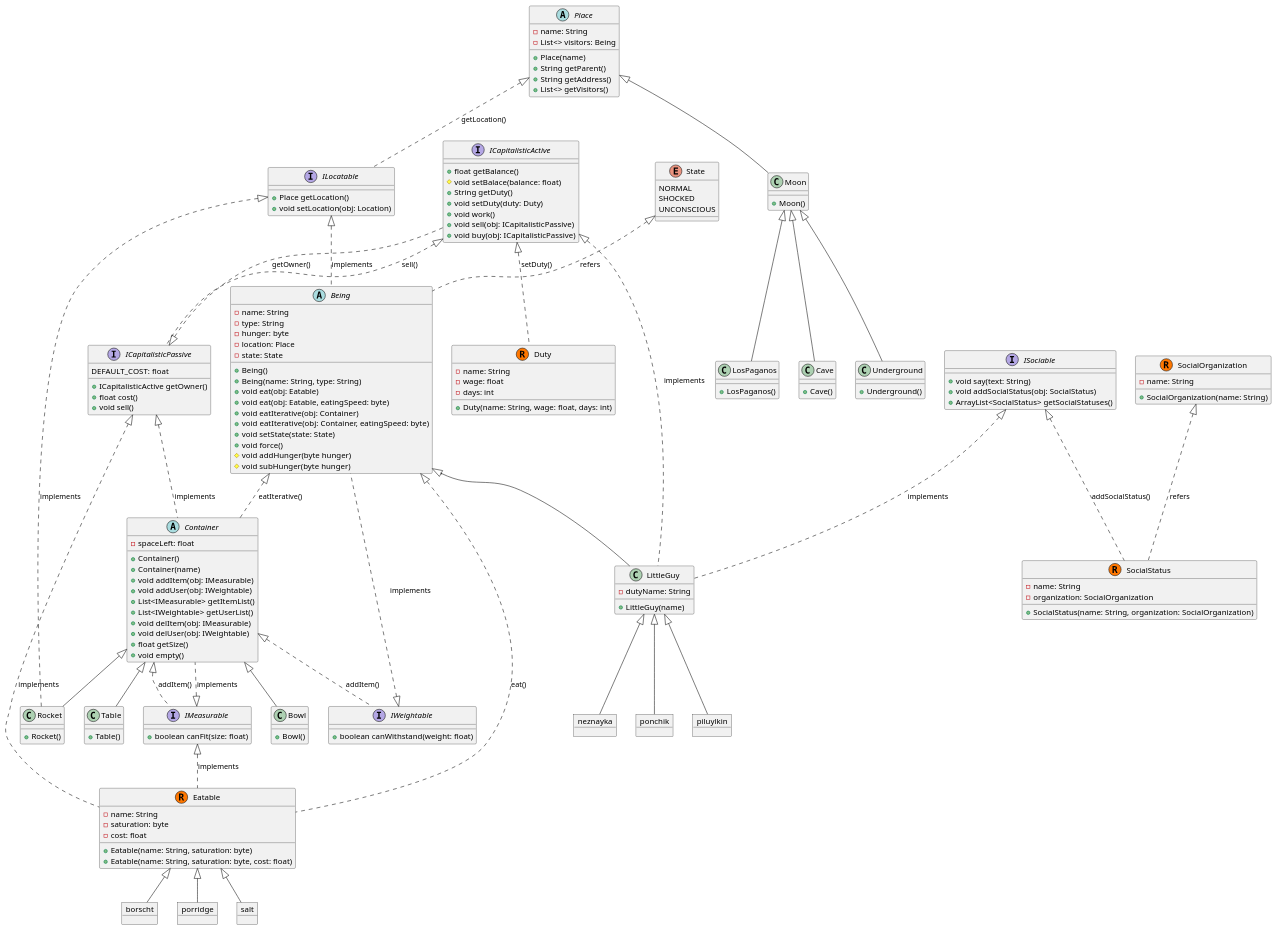
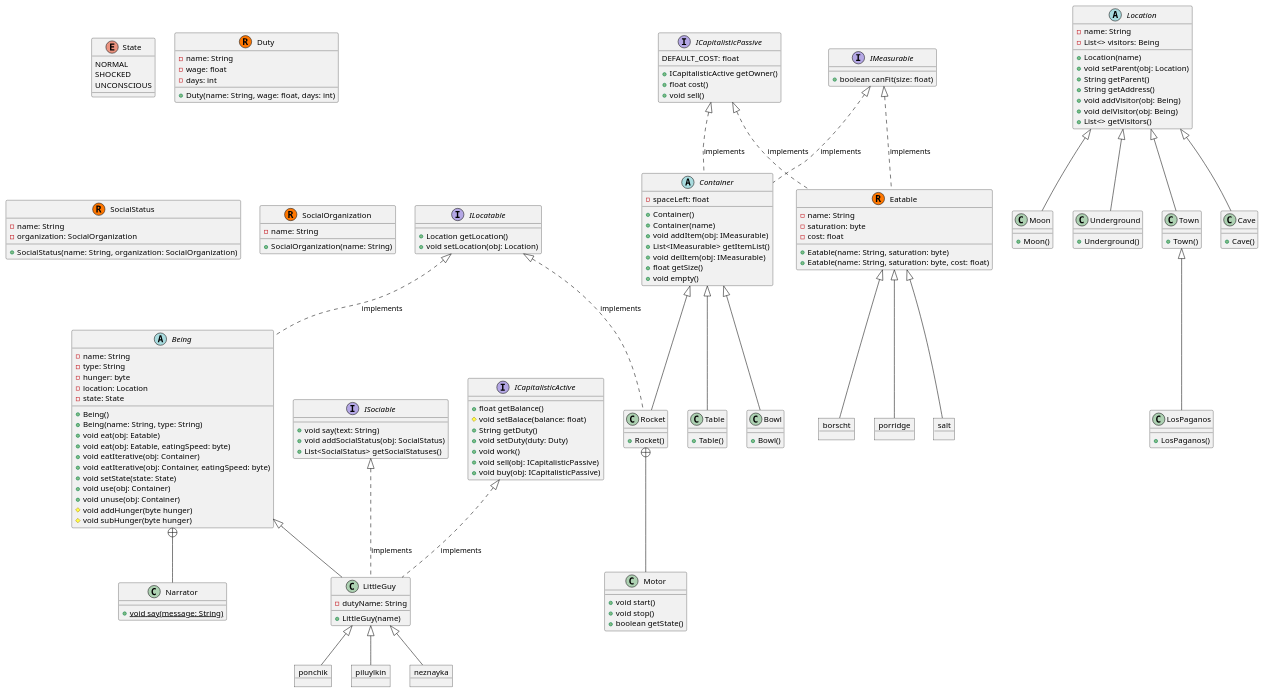
Before and after one commit to MrDvD/itmo_labs: the diagram in programming/lab3/uml/diagram.puml, drawn with PlantUML. The commit also changed 6 other files, not shown here.

```diff
--- a/programming/lab3/uml/diagram.puml
+++ b/programming/lab3/uml/diagram.puml
@@ -1,196 +1,197 @@
 @startuml name
 Being <|-- LittleGuy
 ICapitalisticActive <|.. LittleGuy : implements
-ICapitalisticActive <|.. ICapitalisticPassive : sell()
-ICapitalisticPassive <|.. ICapitalisticActive : getOwner()
 ISociable <|.. LittleGuy : implements
 
-Being <|.. Container : eatIterative()
-Being <|.. Eatable : eat()
+Being +-- Narrator
 
 object ponchik
 object piluylkin
 object neznayka
 
 LittleGuy <|-- ponchik
 LittleGuy <|-- piluylkin
 LittleGuy <|-- neznayka
 
 object borscht
 object porridge
 object salt
 Eatable <|-- borscht
 Eatable <|-- porridge
 Eatable <|-- salt
 
 ICapitalisticPassive <|.. Container : implements
 ICapitalisticPassive <|.. Eatable : implements
 
 IMeasurable <|.. Eatable : implements
 IMeasurable <|.. Container : implements
-IWeightable <|.. Being : implements
 
 Container <|-- Bowl
 Container <|-- Table
 Container <|-- Rocket
-Container <|.. IMeasurable : addItem()
-Container <|.. IWeightable : addItem()
+
+Rocket +-- Motor
 
 ILocatable <|.. Rocket : implements
 ILocatable <|.. Being : implements
-Place <|.. ILocatable : getLocation()
 
-Place <|-- Moon
-Moon <|-- Underground
-Moon <|-- LosPaganos
-Moon <|-- Cave
+Location <|-- Moon
+Location <|-- Underground
+Location <|-- Town
+Town <|-- LosPaganos
+Location <|-- Cave
 
-State <|.. Being : refers
-
-SocialOrganization <|.. SocialStatus : refers
-ICapitalisticActive <|.. Duty : setDuty()
-ISociable <|.. SocialStatus : addSocialStatus()
+static class Narrator { 
+   {static} +void say(message: String)
+}
 
 class LittleGuy {
    -dutyName: String
    +LittleGuy(name)
 }
 
 enum State {
    NORMAL
    SHOCKED
    UNCONSCIOUS
 }
 
 interface ICapitalisticPassive {
    DEFAULT_COST: float
    +ICapitalisticActive getOwner()
    +float cost()
    +void sell()
 }
 
 interface ICapitalisticActive {
    +float getBalance()
    #void setBalace(balance: float)
    +String getDuty()
    +void setDuty(duty: Duty)
    +void work()
    +void sell(obj: ICapitalisticPassive)
    +void buy(obj: ICapitalisticPassive)
 }
 
 interface ISociable {
    +void say(text: String)
    +void addSocialStatus(obj: SocialStatus)
-   +ArrayList<SocialStatus> getSocialStatuses()
+   +List<SocialStatus> getSocialStatuses()
 }
 
 abstract class Being {
    -name: String
    -type: String
    -hunger: byte
-   -location: Place
+   -location: Location
    -state: State
    +Being()
    +Being(name: String, type: String)
    +void eat(obj: Eatable)
    +void eat(obj: Eatable, eatingSpeed: byte)
    +void eatIterative(obj: Container)
    +void eatIterative(obj: Container, eatingSpeed: byte)
    +void setState(state: State)
-   +void force()
+   +void use(obj: Container)
+   +void unuse(obj: Container)
    #void addHunger(byte hunger)
    #void subHunger(byte hunger)
    ' to do something
 }
 
 class Eatable << (R,#FF7700) >> {
    -name: String
    -saturation: byte
    -cost: float
    +Eatable(name: String, saturation: byte)
    +Eatable(name: String, saturation: byte, cost: float)
 }
 
 class Duty << (R,#FF7700) >> {
    -name: String
    -wage: float
    -days: int
    +Duty(name: String, wage: float, days: int)
 }
 
 class SocialStatus << (R,#FF7700) >> {
    -name: String
    -organization: SocialOrganization
    +SocialStatus(name: String, organization: SocialOrganization)
 }
 
 class SocialOrganization << (R,#FF7700) >> {
    -name: String
    +SocialOrganization(name: String)
 }
 
 abstract class Container {
    -spaceLeft: float
    +Container()
    +Container(name)
    +void addItem(obj: IMeasurable)
-   +void addUser(obj: IWeightable)
    +List<IMeasurable> getItemList()
-   +List<IWeightable> getUserList()
    +void delItem(obj: IMeasurable)
-   +void delUser(obj: IWeightable)
    +float getSize()
    +void empty()
+}
+
+class Motor {
+   +void start()
+   +void stop()
+   +boolean getState()
 }
 
 class Table {
    +Table()
 }
 
 class Bowl {
    +Bowl()
 }
 
 class Rocket {
    +Rocket()
 }
 
 class Moon {
    +Moon()
 }
 
+class Town {
+   +Town()
+}
+
 class LosPaganos {
    +LosPaganos()
 }
 
 class Underground {
    +Underground()
 }
 
 class Cave {
    +Cave()
 }
 
-abstract class Place {
+abstract class Location {
    -name: String
    -List<> visitors: Being
-   +Place(name)
+   +Location(name)
+   +void setParent(obj: Location)
    +String getParent()
    +String getAddress()
+   +void addVisitor(obj: Being)
+   +void delVisitor(obj: Being)
    +List<> getVisitors()
 }
 
 interface IMeasurable {
    +boolean canFit(size: float)
 }
 
-interface IWeightable {
-   +boolean canWithstand(weight: float)
-}
-
 interface ILocatable {
-   +Place getLocation()
+   +Location getLocation()
    +void setLocation(obj: Location)
 }
 @enduml
```
